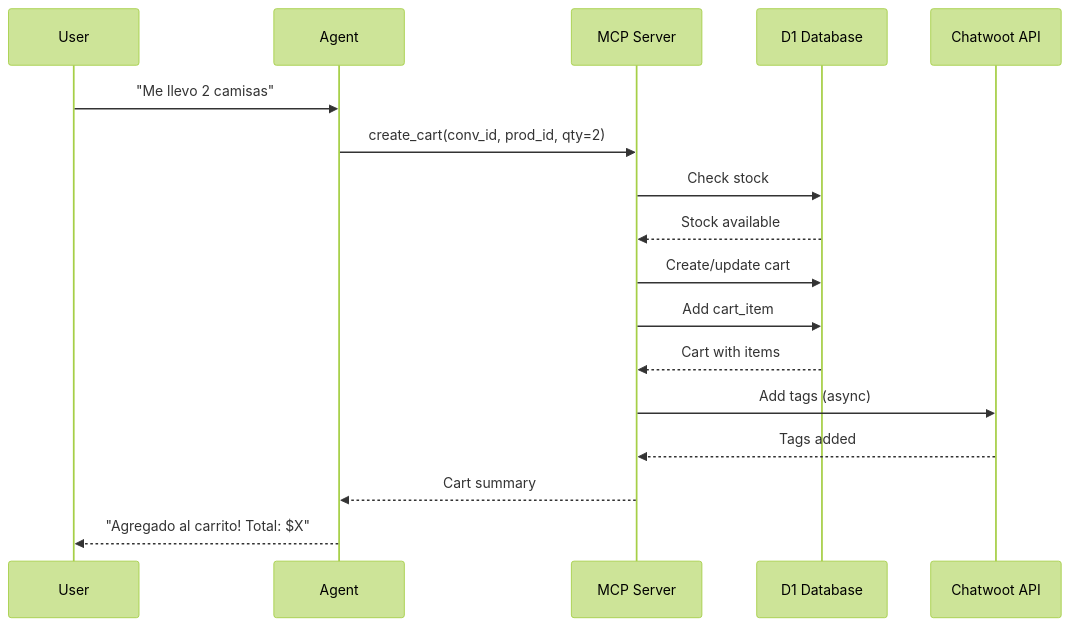
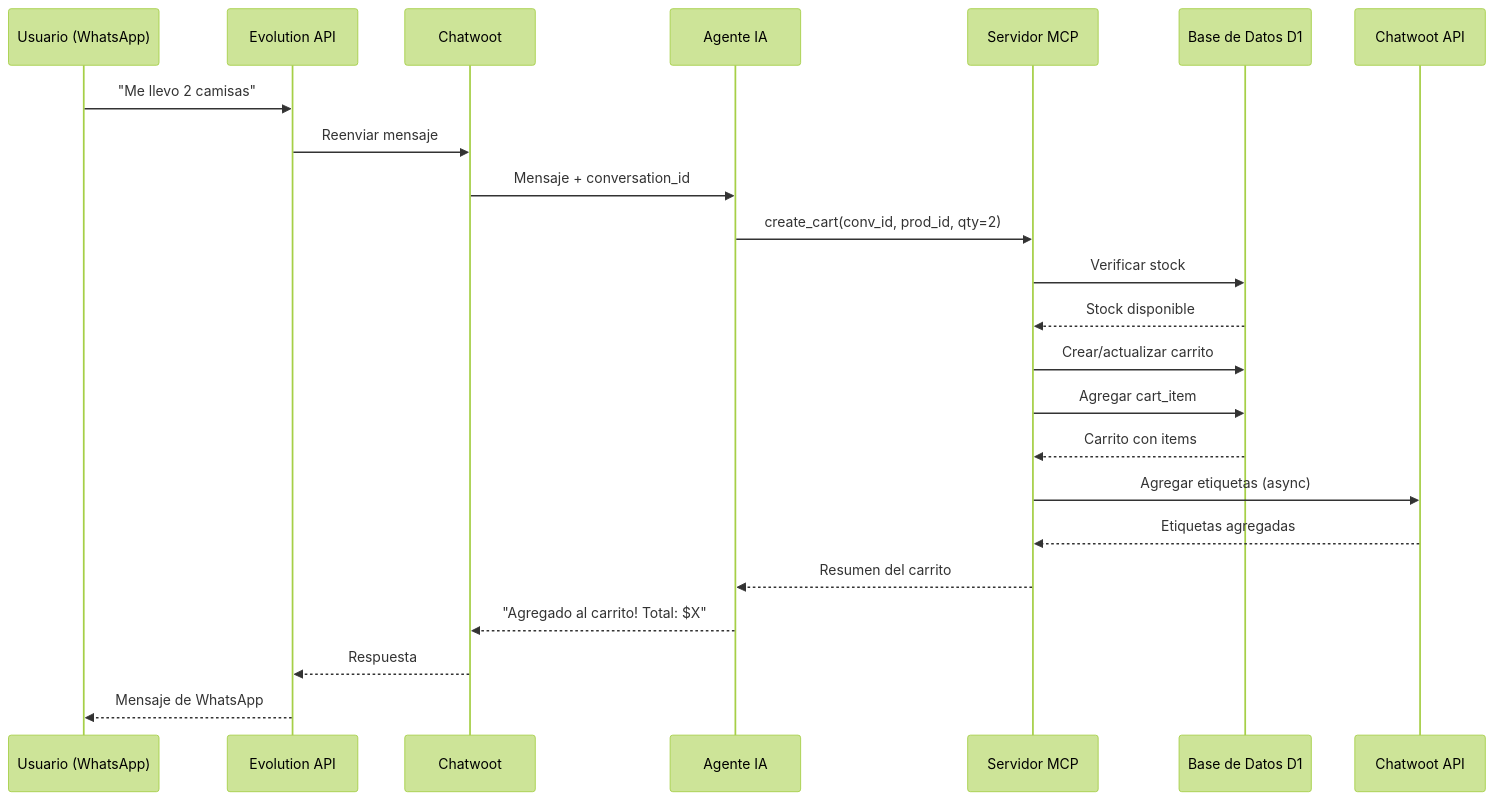
One commit to ezzz37/laburen-ai-agent-challenge changed the third of 6 diagrams in docs/ARCHITECTURE.md. Above: the diagram before and after it, drawn with Mermaid (forest theme). The commit also changed other lines of this file and 5 other files, not shown here.

````diff
--- a/docs/ARCHITECTURE.md
+++ b/docs/ARCHITECTURE.md
@@ -66,20 +88,26 @@
 ```mermaid
 sequenceDiagram
-    participant U as User
-    participant A as Agent
-    participant M as MCP Server
-    participant D as D1 Database
+    participant U as Usuario (WhatsApp)
+    participant E as Evolution API
+    participant CW as Chatwoot
+    participant A as Agente IA
+    participant M as Servidor MCP
+    participant D as Base de Datos D1
     participant C as Chatwoot API
     
-    U->>A: "Me llevo 2 camisas"
+    U->>E: "Me llevo 2 camisas"
+    E->>CW: Reenviar mensaje
+    CW->>A: Mensaje + conversation_id
     A->>M: create_cart(conv_id, prod_id, qty=2)
-    M->>D: Check stock
-    D-->>M: Stock available
-    M->>D: Create/update cart
-    M->>D: Add cart_item
-    D-->>M: Cart with items
-    M->>C: Add tags (async)
-    C-->>M: Tags added
-    M-->>A: Cart summary
-    A-->>U: "Agregado al carrito! Total: $X"
+    M->>D: Verificar stock
+    D-->>M: Stock disponible
+    M->>D: Crear/actualizar carrito
+    M->>D: Agregar cart_item
+    D-->>M: Carrito con items
+    M->>C: Agregar etiquetas (async)
+    C-->>M: Etiquetas agregadas
+    M-->>A: Resumen del carrito
+    A-->>CW: "Agregado al carrito! Total: $X"
+    CW-->>E: Respuesta
+    E-->>U: Mensaje de WhatsApp
 ```
````
